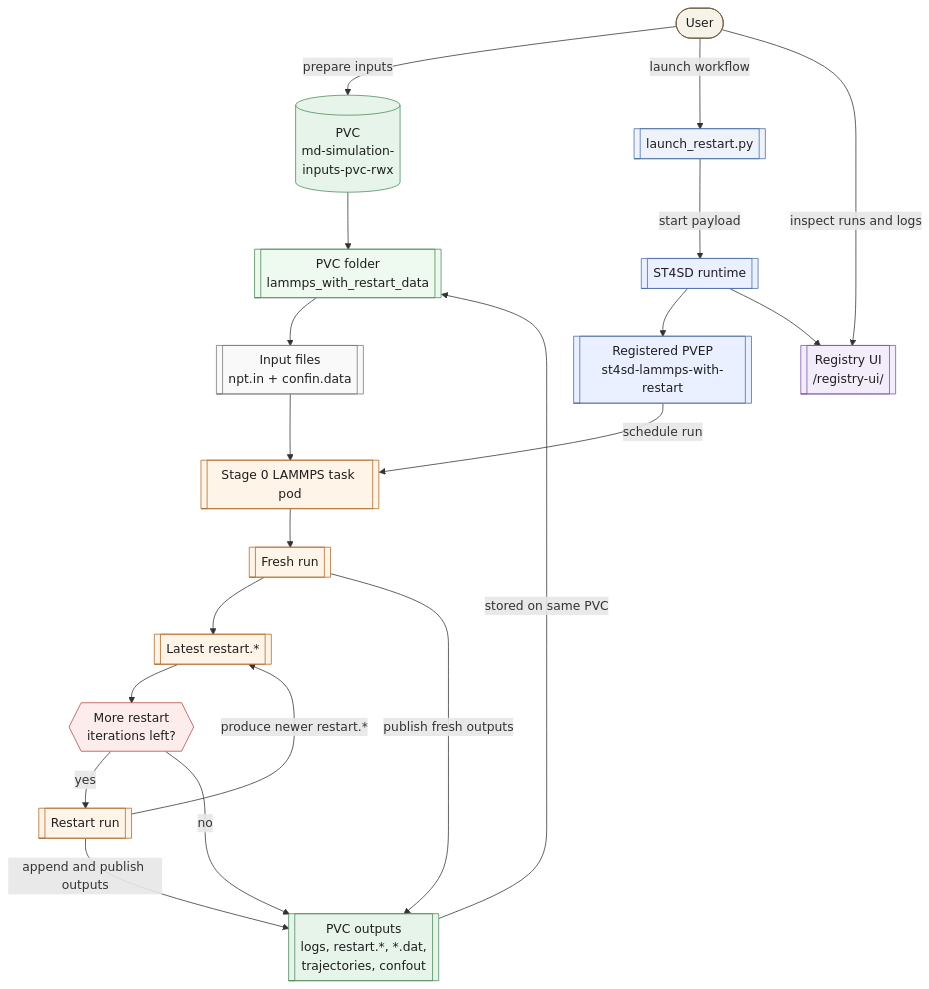
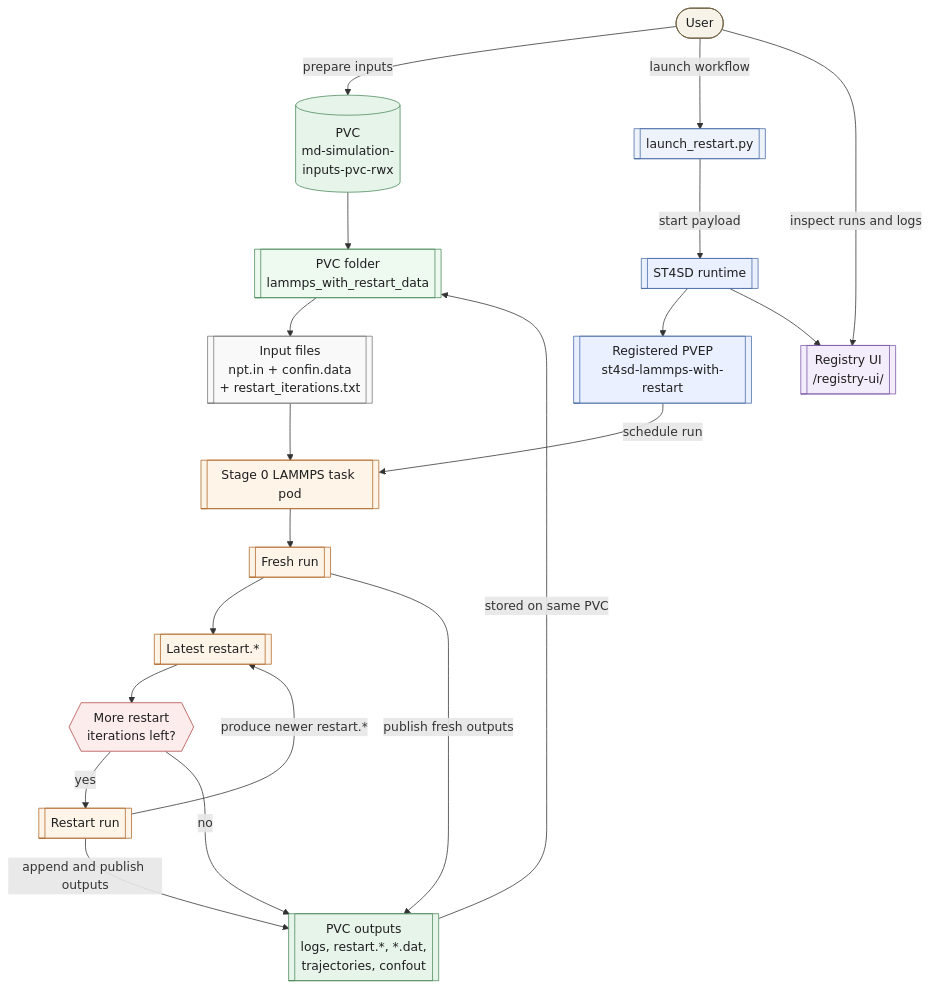
One commit to ashkurti/st4sd-lammps-with-restart changed the diagram in README.md. Above: the diagram before and after it, drawn with Mermaid. The commit also changed other lines of this file and 4 other files, not shown here.

Commit message:
Use restart iteration input file for restart workflow

````diff
--- a/README.md
+++ b/README.md
@@ -98,52 +96,52 @@
 ```mermaid
 flowchart TD
     U([User])
     P[(PVC<br/>md-simulation-<br/>inputs-pvc-rwx)]
     F[[PVC folder<br/>lammps_with_restart_data]]
     L[[launch_restart.py]]
     R[[ST4SD runtime]]
     V[[Registered PVEP<br/>st4sd-lammps-with-restart]]
     T[[Stage 0 LAMMPS task pod]]
-    I[[Input files<br/>npt.in + confin.data]]
+    I[[Input files<br/>npt.in + confin.data<br/>+ restart_iterations.txt]]
     G[[Fresh run]]
     S[[Latest restart.*]]
     C{{More restart<br/>iterations left?}}
     RI[[Restart run]]
     O[[PVC outputs<br/>logs, restart.*, *.dat,<br/>trajectories, confout]]
     UI[[Registry UI<br/>/registry-ui/]]
 
     U -->|prepare inputs| P
     P --> F
     F --> I
     U -->|launch workflow| L
     L -->|start payload| R
     R --> V
     V -->|schedule run| T
     I --> T
     T --> G
     G --> S
     S --> C
     C -->|yes| RI
     RI -->|produce newer restart.*| S
     C -->|no| O
     G -->|publish fresh outputs| O
     RI -->|append and publish outputs| O
     O -->|stored on same PVC| F
     R --> UI
     U -->|inspect runs and logs| UI
 
     style U fill:#f7f3e8,stroke:#6b5b3e,color:#1f1f1f
     style P fill:#e6f4ea,stroke:#4f8a5b,color:#1f1f1f
     style F fill:#eef9f0,stroke:#4f8a5b,color:#1f1f1f
     style L fill:#eef3fb,stroke:#4b6ea8,color:#1f1f1f
     style R fill:#eaf0ff,stroke:#4b6ea8,color:#1f1f1f
     style V fill:#eaf0ff,stroke:#4b6ea8,color:#1f1f1f
     style T fill:#fff4e8,stroke:#b06a2b,color:#1f1f1f
     style I fill:#f9f9f9,stroke:#7a7a7a,color:#1f1f1f
     style G fill:#fff4e8,stroke:#b06a2b,color:#1f1f1f
     style S fill:#fff4e8,stroke:#b06a2b,color:#1f1f1f
     style C fill:#fdecec,stroke:#b34a4a,color:#1f1f1f
     style RI fill:#fff4e8,stroke:#b06a2b,color:#1f1f1f
     style O fill:#e6f4ea,stroke:#4f8a5b,color:#1f1f1f
     style UI fill:#f3ecfb,stroke:#7b58a6,color:#1f1f1f
 ```
````
